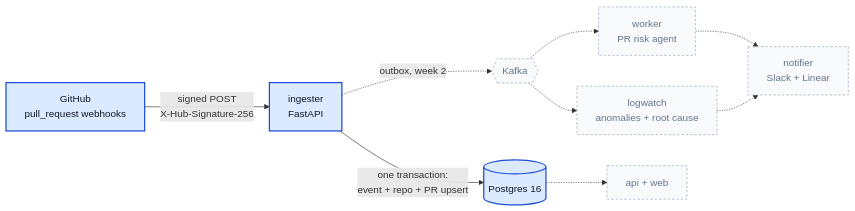
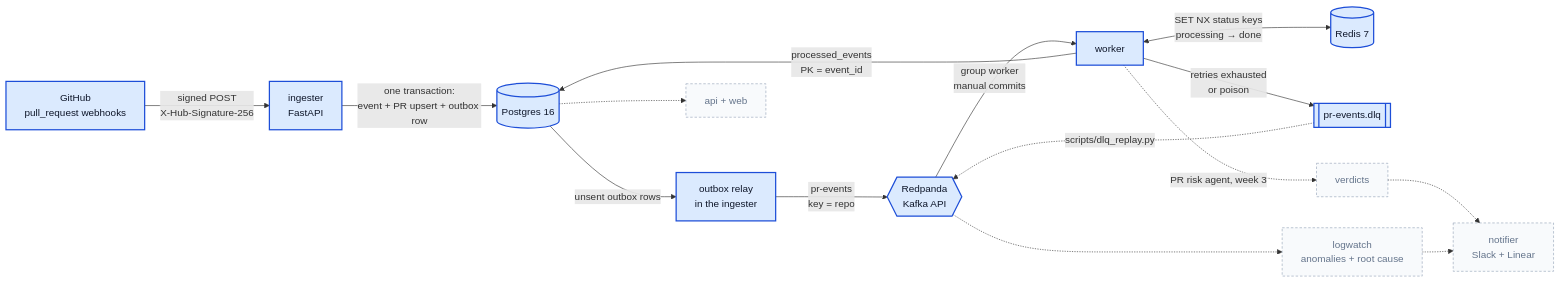
One commit to mokshad25/shipwatch changed the diagram in README.md. Above: the diagram before and after it, drawn with Mermaid. The commit also changed other lines of this file and 41 other files, not shown here.

````diff
--- a/README.md
+++ b/README.md
@@ -13,16 +15,22 @@
 ```mermaid
 flowchart LR
     GH[GitHub<br/>pull_request webhooks] -->|"signed POST<br/>X-Hub-Signature-256"| ING[ingester<br/>FastAPI]
-    ING -->|"one transaction:<br/>event + repo + PR upsert"| PG[(Postgres 16)]
-    ING -.->|outbox, week 2| K{{Kafka}}
-    K -.-> W[worker<br/>PR risk agent]
+    ING -->|"one transaction:<br/>event + PR upsert + outbox row"| PG[(Postgres 16)]
+    PG -->|unsent outbox rows| RELAY[outbox relay<br/>in the ingester]
+    RELAY -->|"pr-events<br/>key = repo"| K{{Redpanda<br/>Kafka API}}
+    K -->|"group worker<br/>manual commits"| W[worker]
+    W <-->|"SET NX status keys<br/>processing → done"| R[(Redis 7)]
+    W -->|"processed_events<br/>PK = event_id"| PG
+    W -->|"retries exhausted<br/>or poison"| DLQ[[pr-events.dlq]]
+    DLQ -.->|scripts/dlq_replay.py| K
+    W -.->|PR risk agent, week 3| AG[verdicts]
     K -.-> LW[logwatch<br/>anomalies + root cause]
-    W -.-> N[notifier<br/>Slack + Linear]
+    AG -.-> N[notifier<br/>Slack + Linear]
     LW -.-> N
     PG -.-> API[api + web]
 
-    classDef week1 fill:#dbeafe,stroke:#1d4ed8,stroke-width:2px,color:#0f172a
+    classDef built fill:#dbeafe,stroke:#1d4ed8,stroke-width:2px,color:#0f172a
     classDef later fill:#f8fafc,stroke:#94a3b8,stroke-dasharray:4 3,color:#64748b
-    class GH,ING,PG week1
-    class K,W,LW,N,API later
+    class GH,ING,PG,RELAY,K,W,R,DLQ built
+    class AG,LW,N,API later
 ```
````
